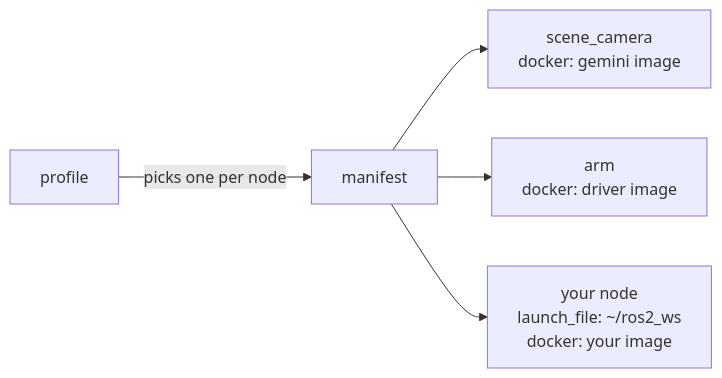
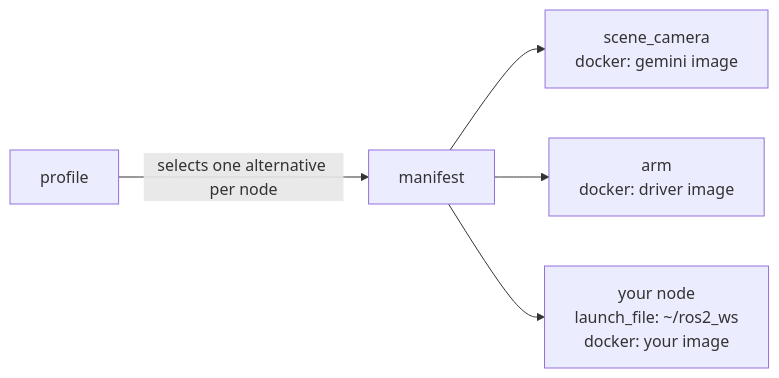
Before and after one commit to rammp-org/rammp-org.github.io: the diagram in website/content/development/index.mdx, drawn with Mermaid. The commit also changed other lines of this file and 1 other file, not shown here.

First line of the commit message:
Rewrite the Development flow overview without the narration

````diff
--- a/website/content/development/index.mdx
+++ b/website/content/development/index.mdx
@@ -45,7 +36,7 @@
 ```mermaid
 flowchart LR
-  P["profile"] -->|"picks one per node"| M["manifest"]
+  P["profile"] -->|"selects one alternative per node"| M["manifest"]
   M --> A1["scene_camera<br/>docker: gemini image"]
   M --> A2["arm<br/>docker: driver image"]
   M --> A3["your node<br/>launch_file: ~/ros2_ws<br/>docker: your image"]
 ```
````
